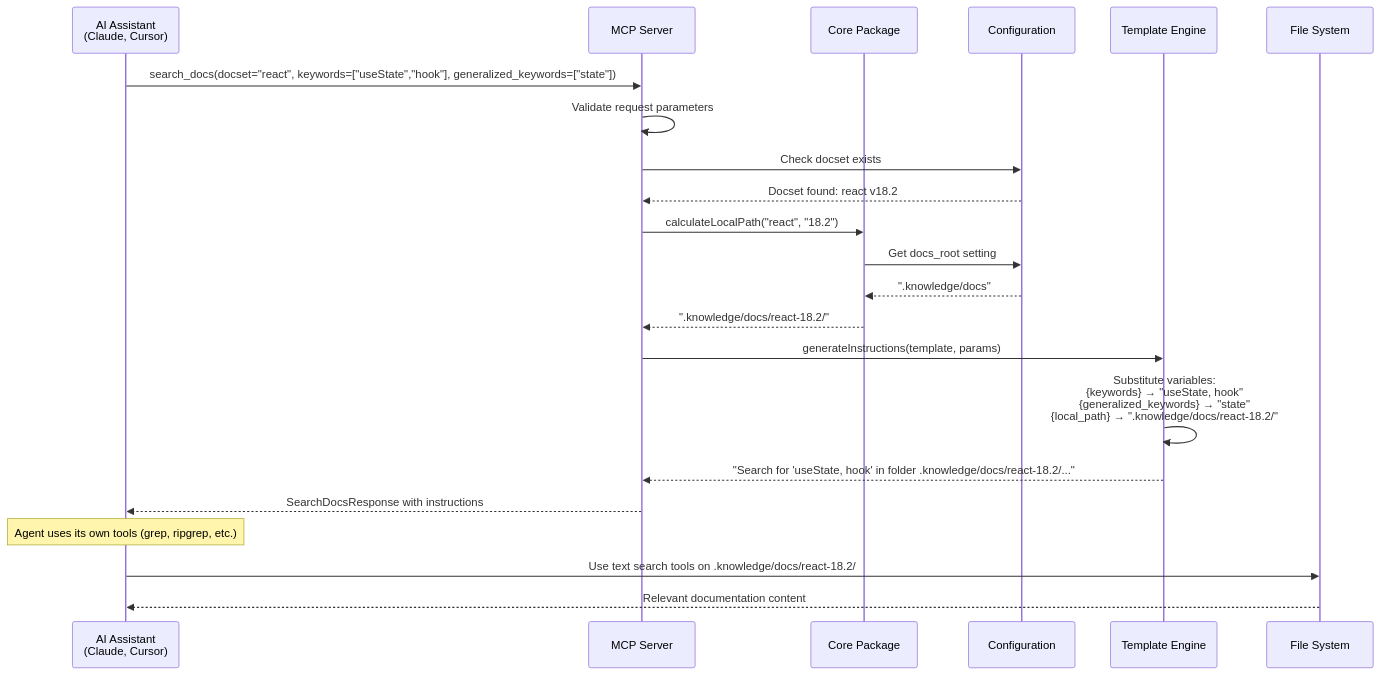
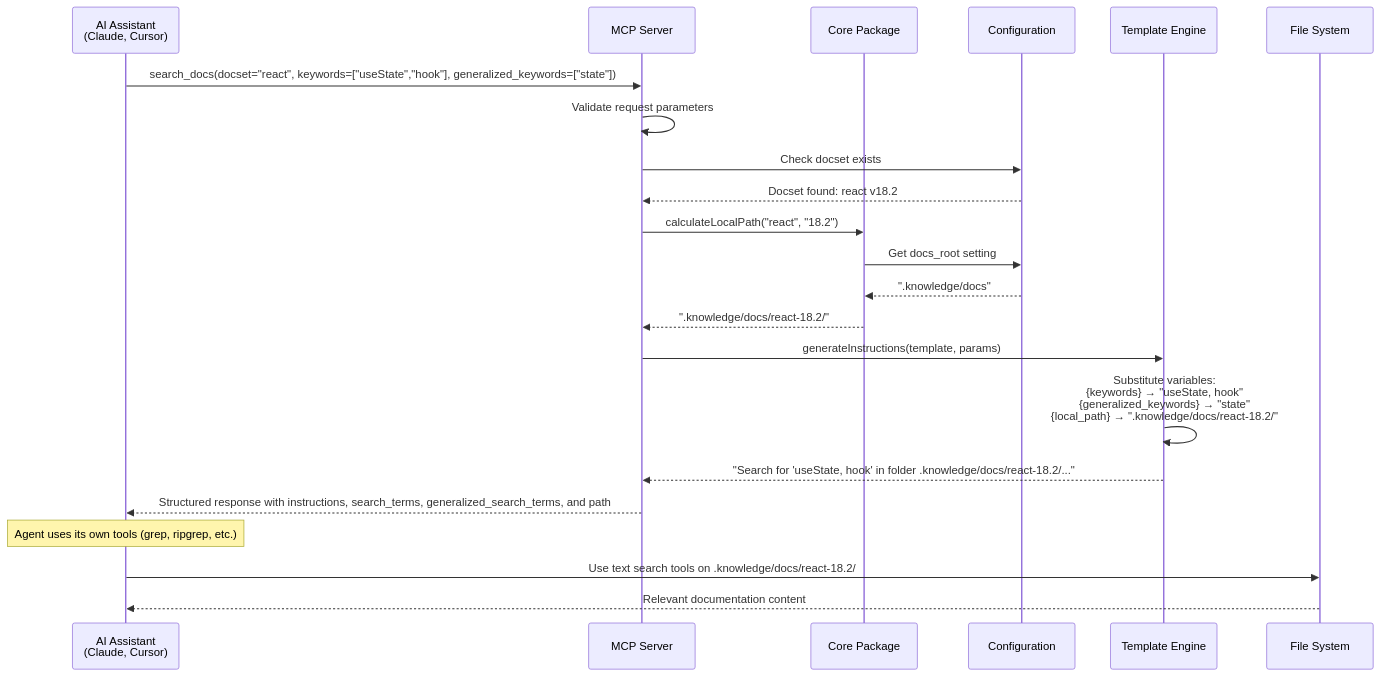
Before and after one commit to mrsimpson/agentic-knowledge-mcp: the diagram in .vibe/docs/architecture.md, drawn with Mermaid. The commit also changed other lines of this file and 8 other files, not shown here.

First line of the commit message:
feat: implement structured JSON response for search_docs tool

````diff
--- a/.vibe/docs/architecture.md
+++ b/.vibe/docs/architecture.md
@@ -236,30 +236,30 @@
 ```mermaid
 sequenceDiagram
     participant AI as AI Assistant<br/>(Claude, Cursor)
     participant MCP as MCP Server
     participant Core as Core Package
     participant Config as Configuration
     participant Template as Template Engine
     participant FS as File System
 
     AI->>MCP: search_docs(docset="react", keywords=["useState","hook"], generalized_keywords=["state"])
 
     MCP->>MCP: Validate request parameters
     MCP->>Config: Check docset exists
     Config-->>MCP: Docset found: react v18.2
 
     MCP->>Core: calculateLocalPath("react", "18.2")
     Core->>Config: Get docs_root setting
     Config-->>Core: ".knowledge/docs"
     Core-->>MCP: ".knowledge/docs/react-18.2/"
 
     MCP->>Template: generateInstructions(template, params)
     Template->>Template: Substitute variables:<br/>{keywords} → "useState, hook"<br/>{generalized_keywords} → "state"<br/>{local_path} → ".knowledge/docs/react-18.2/"
     Template-->>MCP: "Search for 'useState, hook' in folder .knowledge/docs/react-18.2/..."
 
-    MCP-->>AI: SearchDocsResponse with instructions
+    MCP-->>AI: Structured response with instructions, search_terms, generalized_search_terms, and path
 
     Note over AI: Agent uses its own tools (grep, ripgrep, etc.)
     AI->>FS: Use text search tools on .knowledge/docs/react-18.2/
     FS-->>AI: Relevant documentation content
 ```
````
